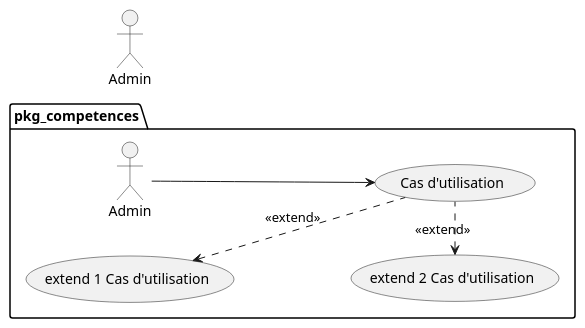
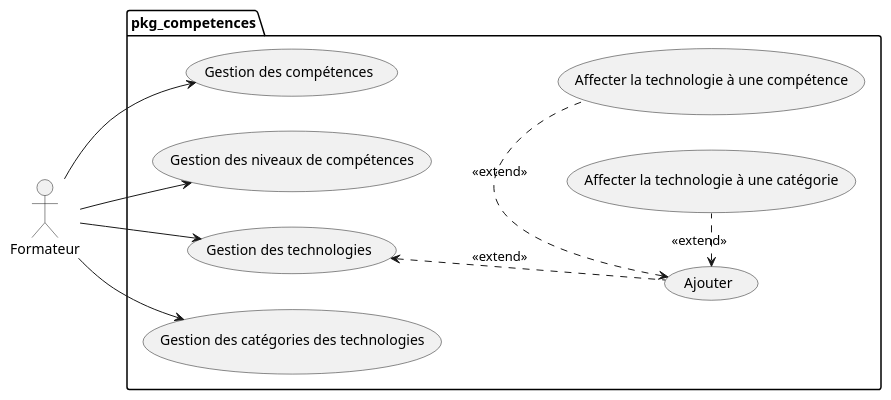
One commit to solicoders/soli-lms changed the diagram in modélisation/pkg_competences/uses_cases_pkg_competences.puml. Above: the diagram before and after it, drawn with PlantUML. The commit also changed 76 other files, not shown here.

```diff
--- a/modélisation/pkg_competences/uses_cases_pkg_competences.puml
+++ b/modélisation/pkg_competences/uses_cases_pkg_competences.puml
@@ -1,17 +1,22 @@
-@startuml uses_cases_pkg_competences
+@startuml 
 
 left to right direction
 
 
-actor Admin as admin
+actor Formateur as formateur
 
 package pkg_competences {
 
-  Admin -->  (Cas d'utilisation) 
-  (extend 1 Cas d'utilisation)  <..  (Cas d'utilisation)  : <<extend>>
-  (extend 2 Cas d'utilisation)  <.  (Cas d'utilisation)  : <<extend>>
+  formateur -->  (Gestion des compétences) 
+  formateur -->  (Gestion des niveaux de compétences) 
+  formateur -->  (Gestion des technologies) 
+  formateur -->  (Gestion des catégories des technologies)
+
+  (Gestion des technologies) <..  (Ajouter) : <<extend>>
+  (Ajouter) <. (Affecter la technologie à une compétence)   : <<extend>>
+   (Ajouter) <. (Affecter la technologie à une catégorie)   : <<extend>>
 }  
 
 ' note right of admin : "note 1"
 
 @enduml
```
